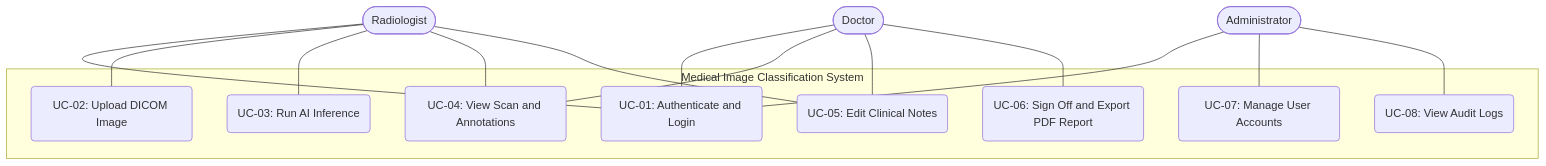
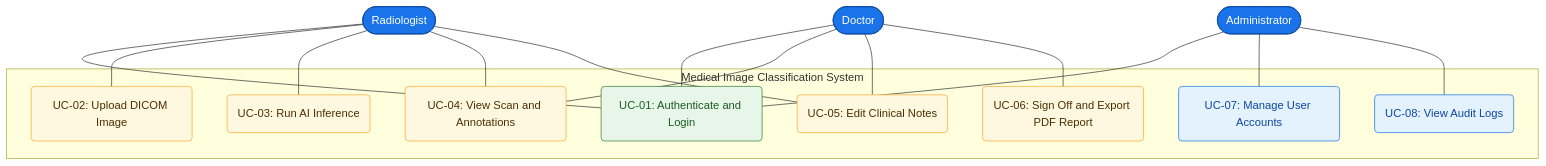
The diagram in diagrams/usecase_doctor_interaction.md (alirezakavianifar/Medical-Image-Based-Disease-Detection-and-Classification-System), drawn with Mermaid before and after one commit. The commit also changed other lines of this file and 4 other files, not shown here.

Commit message:
INFRA: Enhance all Mermaid diagrams with color styling and visual improvements

````diff
--- a/diagrams/usecase_doctor_interaction.md
+++ b/diagrams/usecase_doctor_interaction.md
@@ -12,32 +12,37 @@
 ```mermaid
 graph TD
-    Admin(["Administrator"])
-    Doctor(["Doctor"])
-    Radiologist(["Radiologist"])
+    classDef actor fill:#1a73e8,stroke:#0d47a1,color:#ffffff
+    classDef uc fill:#e8f5e9,stroke:#2e7d32,color:#1b5e20
+    classDef ucAdmin fill:#e3f2fd,stroke:#1a73e8,color:#0d47a1
+    classDef ucClinical fill:#fff8e1,stroke:#f9a825,color:#4a3000
+
+    Admin(["Administrator"]):::actor
+    Doctor(["Doctor"]):::actor
+    Radiologist(["Radiologist"]):::actor
 
     subgraph "Medical Image Classification System"
-        UC1("UC-01: Authenticate and Login")
-        UC2("UC-02: Upload DICOM Image")
-        UC3("UC-03: Run AI Inference")
-        UC4("UC-04: View Scan and Annotations")
-        UC5("UC-05: Edit Clinical Notes")
-        UC6("UC-06: Sign Off and Export PDF Report")
-        UC7("UC-07: Manage User Accounts")
-        UC8("UC-08: View Audit Logs")
+        UC1("UC-01: Authenticate and Login"):::uc
+        UC2("UC-02: Upload DICOM Image"):::ucClinical
+        UC3("UC-03: Run AI Inference"):::ucClinical
+        UC4("UC-04: View Scan and Annotations"):::ucClinical
+        UC5("UC-05: Edit Clinical Notes"):::ucClinical
+        UC6("UC-06: Sign Off and Export PDF Report"):::ucClinical
+        UC7("UC-07: Manage User Accounts"):::ucAdmin
+        UC8("UC-08: View Audit Logs"):::ucAdmin
     end
 
     Admin --- UC1
     Admin --- UC7
     Admin --- UC8
 
     Doctor --- UC1
     Doctor --- UC4
     Doctor --- UC5
     Doctor --- UC6
 
     Radiologist --- UC1
     Radiologist --- UC2
     Radiologist --- UC3
     Radiologist --- UC4
     Radiologist --- UC5
 ```
````
